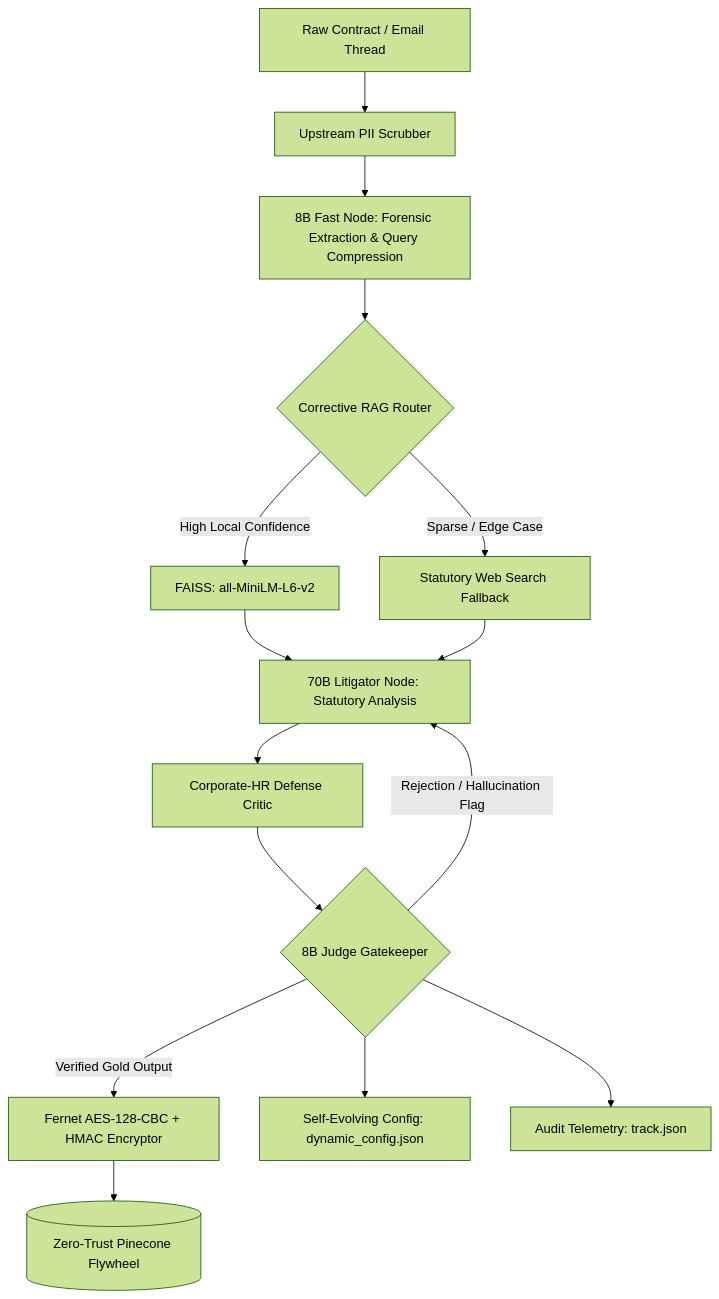
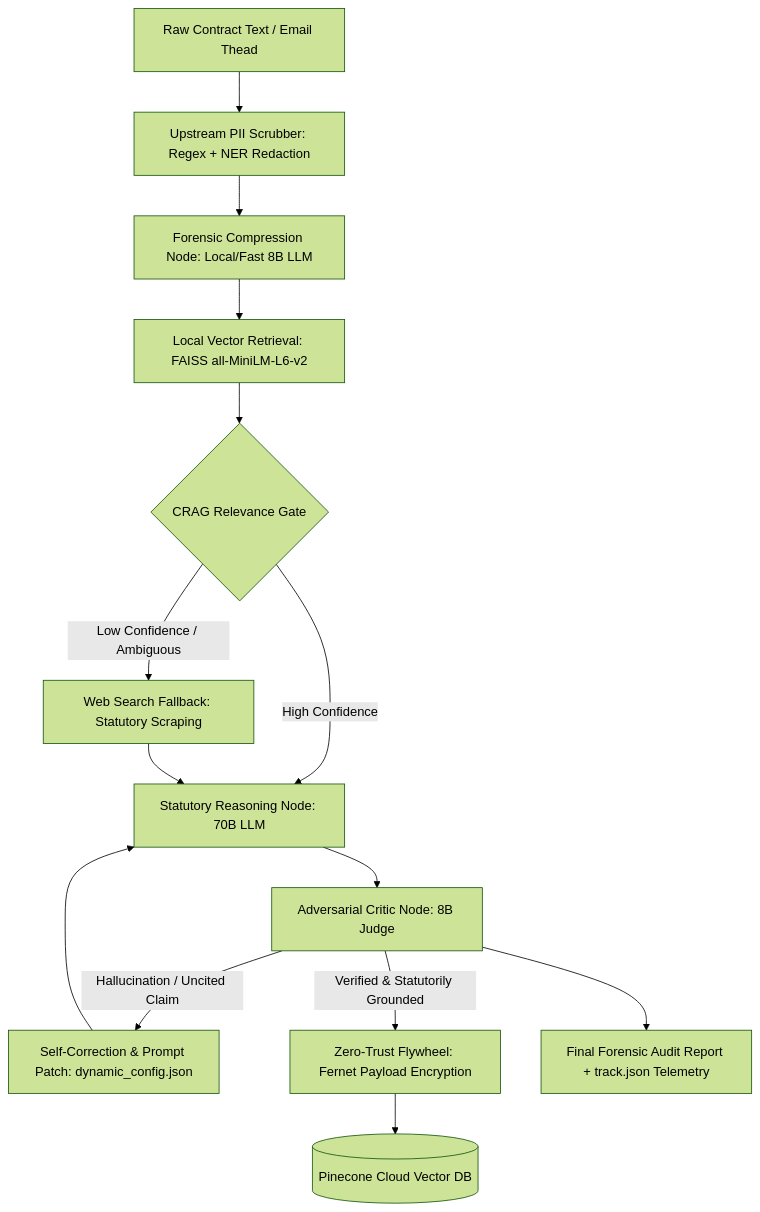
The diagram in README.md (commandantekaustav/Clause-N-Effect), drawn with Mermaid (forest theme) before and after one commit. The commit also changed other lines of this file and 1 other file, not shown here.

````diff
--- a/README.md
+++ b/README.md
@@ -36,16 +38,16 @@
 ```mermaid
 graph TD
-    A[Raw Contract / Email Thread] --> B[Upstream PII Scrubber]
-    B --> C[8B Fast Node: Forensic Extraction & Query Compression]
-    C --> D{Corrective RAG Router}
-    D -->|High Local Confidence| E[FAISS: all-MiniLM-L6-v2]
-    D -->|Sparse / Edge Case| F[Statutory Web Search Fallback]
-    E & F --> G[70B Litigator Node: Statutory Analysis]
-    G --> H[Corporate-HR Defense Critic]
-    H --> I{8B Judge Gatekeeper}
-    I -->|Rejection / Hallucination Flag| G
-    I -->|Verified Gold Output| J[Fernet AES-128-CBC + HMAC Encryptor]
-    J --> K[(Zero-Trust Pinecone Flywheel)]
-    I --> L[Self-Evolving Config: dynamic_config.json]
-    I --> M[Audit Telemetry: track.json]
+    A[Raw Contract Text / Email Thead] --> B[Upstream PII Scrubber: Regex + NER Redaction]
+    B --> C[Forensic Compression Node: Local/Fast 8B LLM]
+    C --> D[Local Vector Retrieval: FAISS all-MiniLM-L6-v2]
+    D --> E{CRAG Relevance Gate}
+    E -->|High Confidence| F[Statutory Reasoning Node: 70B LLM]
+    E -->|Low Confidence / Ambiguous| G[Web Search Fallback: Statutory Scraping]
+    G --> F
+    F --> H[Adversarial Critic Node: 8B Judge]
+    H -->|Hallucination / Uncited Claim| I[Self-Correction & Prompt Patch: dynamic_config.json]
+    I --> F
+    H -->|Verified & Statutorily Grounded| J[Zero-Trust Flywheel: Fernet Payload Encryption]
+    J --> K[(Pinecone Cloud Vector DB)]
+    H --> L[Final Forensic Audit Report + track.json Telemetry]
 ```
````
